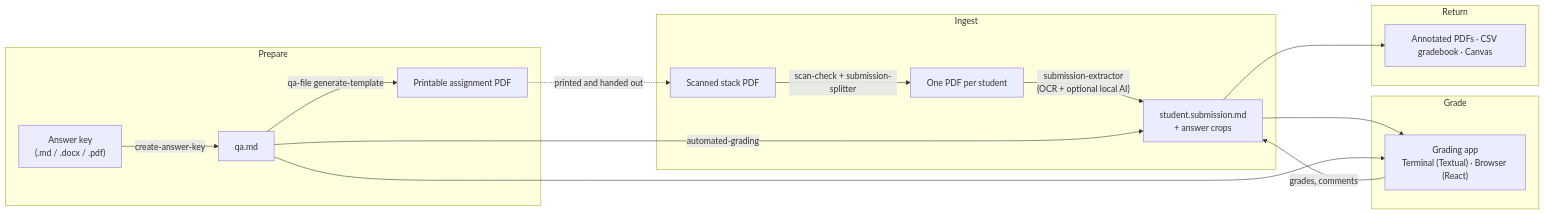
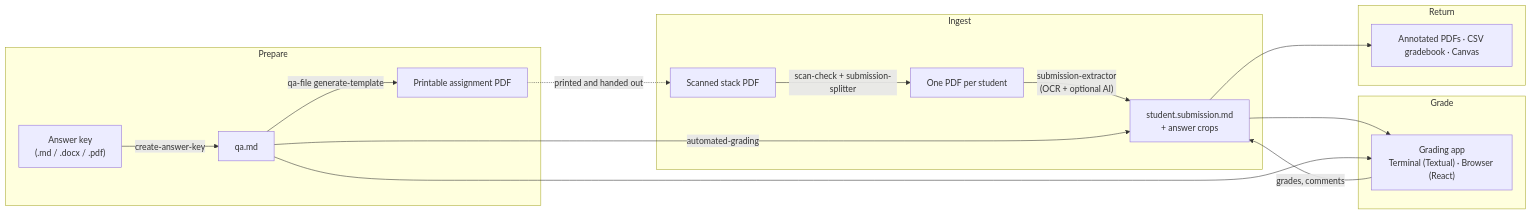
One commit to toommyliu/group-project-group-14 changed the diagram in README.md. Above: the diagram before and after it, drawn with Mermaid. The commit also changed other lines of this file and 68 other files, not shown here.

````diff
--- a/README.md
+++ b/README.md
@@ -61,25 +62,25 @@
 ```mermaid
 flowchart LR
     subgraph Prepare
         AK["Answer key<br/>(.md / .docx / .pdf)"] -->|create-answer-key| QA["qa.md"]
         QA -->|qa-file generate-template| TPL["Printable assignment PDF"]
     end
 
     subgraph Ingest
         SCAN["Scanned stack PDF"] -->|scan-check + submission-splitter| SPLIT["One PDF per student"]
-        SPLIT -->|"submission-extractor<br/>(OCR + optional local AI)"| SUB["student.submission.md<br/>+ answer crops"]
+        SPLIT -->|"submission-extractor<br/>(OCR + optional AI)"| SUB["student.submission.md<br/>+ answer crops"]
     end
 
     subgraph Grade
         SUB --> APP["Grading app<br/>Terminal (Textual) · Browser (React)"]
         QA --> APP
         QA -->|automated-grading| SUB
         APP -->|grades, comments| SUB
     end
 
     subgraph Return
         SUB --> OUT["Annotated PDFs · CSV gradebook · Canvas"]
     end
 
     TPL -. printed and handed out .-> SCAN
 ```
````
